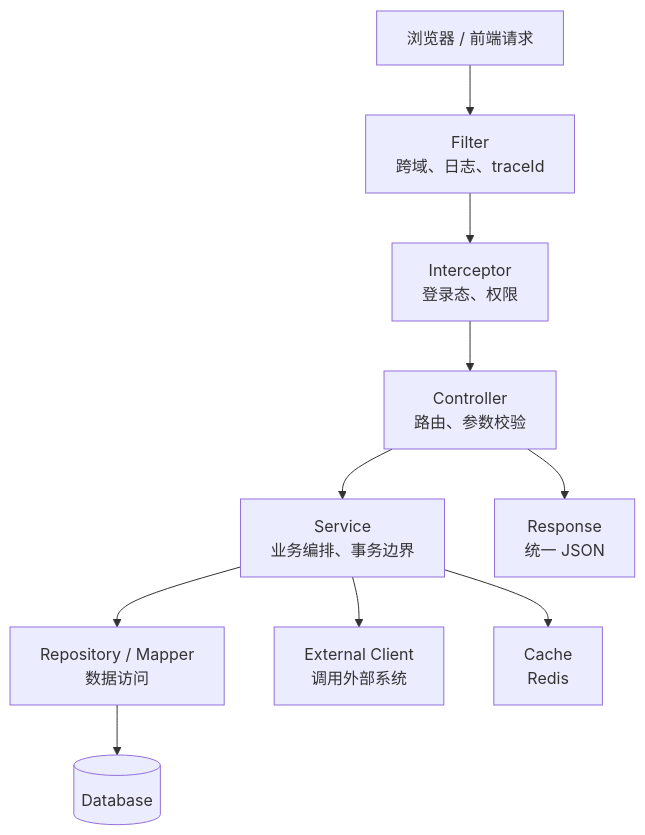
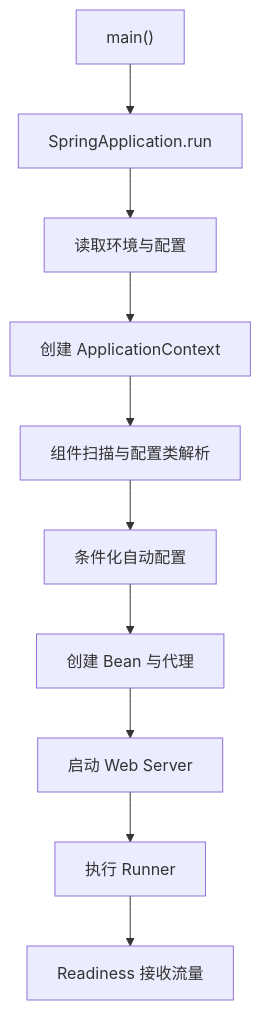
Before and after one commit to yokry-he/yok-study-web: diagram 13 of 29 in docs/java/visual-guide.md, drawn with Mermaid. The commit also changed other lines of this file and 277 other files, not shown here.

````diff
--- a/docs/java/visual-guide.md
+++ b/docs/java/visual-guide.md
@@ -110,12 +353,12 @@
 ```mermaid
 flowchart TD
-  A["浏览器 / 前端请求"] --> B["Filter<br/>跨域、日志、traceId"]
-  B --> C["Interceptor<br/>登录态、权限"]
-  C --> D["Controller<br/>路由、参数校验"]
-  D --> E["Service<br/>业务编排、事务边界"]
-  E --> F["Repository / Mapper<br/>数据访问"]
-  F --> G[("Database")]
-  E --> H["External Client<br/>调用外部系统"]
-  E --> I["Cache<br/>Redis"]
-  D --> J["Response<br/>统一 JSON"]
+  A["main()"] --> B["SpringApplication.run"]
+  B --> C["读取环境与配置"]
+  C --> D["创建 ApplicationContext"]
+  D --> E["组件扫描与配置类解析"]
+  E --> F["条件化自动配置"]
+  F --> G["创建 Bean 与代理"]
+  G --> H["启动 Web Server"]
+  H --> I["执行 Runner"]
+  I --> J["Readiness 接收流量"]
 ```
````
